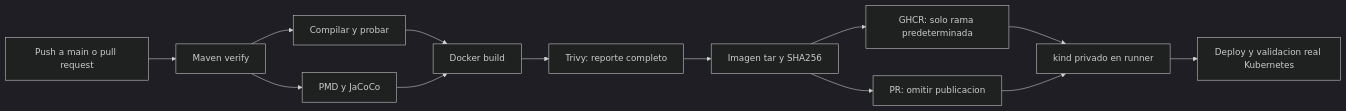
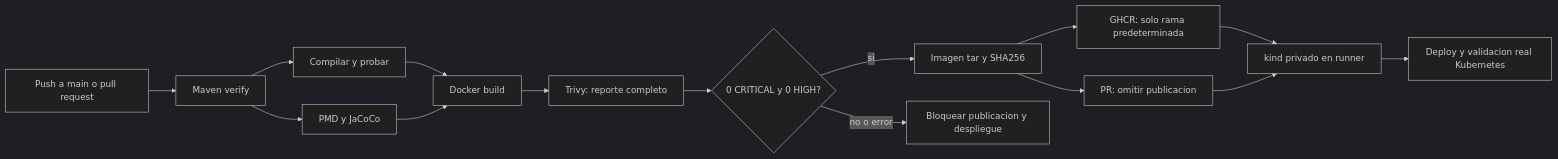
Before and after one commit to mpguevara/devsu-demo-devops-java-entrega: the diagram in docs/PIPELINE.md, drawn with Mermaid (dark theme). The commit also changed other lines of this file and 113 other files, not shown here.

````diff
--- a/docs/PIPELINE.md
+++ b/docs/PIPELINE.md
@@ -7,15 +7,17 @@
 ```mermaid
 flowchart LR
     A[Push a main o pull request] --> B[Maven verify]
     B --> C[Compilar y probar]
     B --> D[PMD y JaCoCo]
     C --> E[Docker build]
     D --> E
     E --> F[Trivy: reporte completo]
-    F --> G[Imagen tar y SHA256]
+    F --> V{0 CRITICAL y 0 HIGH?}
+    V -->|si| G[Imagen tar y SHA256]
+    V -->|no o error| X[Bloquear publicacion y despliegue]
     G --> H[GHCR: solo rama predeterminada]
     G --> I[PR: omitir publicacion]
     H --> J[kind privado en runner]
     I --> J
     J --> K[Deploy y validacion real Kubernetes]
 ```
````
